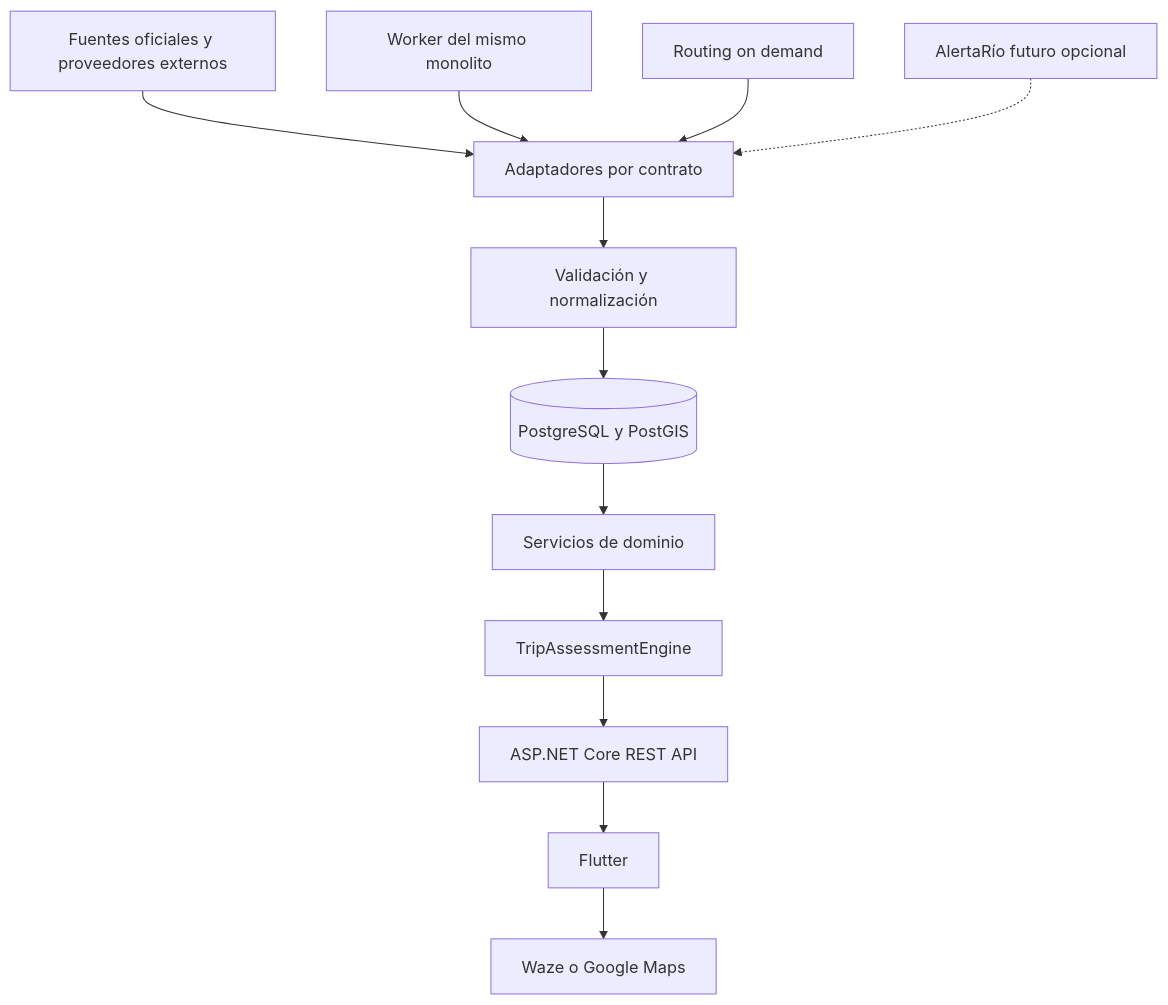
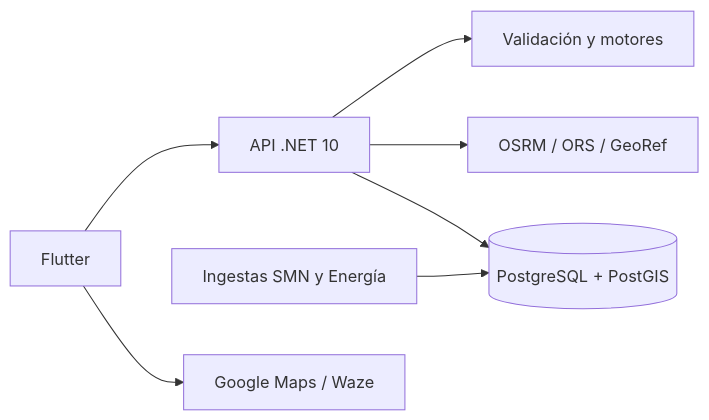
The diagram in ARCHITECTURE.md (RodrigoBombieri/ruta-smart), drawn with Mermaid before and after one commit. The commit also changed other lines of this file and 99 other files, not shown here.

````diff
--- a/ARCHITECTURE.md
+++ b/ARCHITECTURE.md
@@ -23,14 +3,9 @@
 ```mermaid
-flowchart TD
-    O[Fuentes oficiales y proveedores externos] --> A[Adaptadores por contrato]
-    A --> N[Validación y normalización]
-    N --> DB[(PostgreSQL y PostGIS)]
-    J[Worker del mismo monolito] --> A
-    R[Routing on demand] --> A
-    DB --> D[Servicios de dominio]
-    D --> E[TripAssessmentEngine]
-    E --> API[ASP.NET Core REST API]
-    API --> F[Flutter]
-    F --> NAV[Waze o Google Maps]
-    H[AlertaRío futuro opcional] -.-> A
+flowchart LR
+    UI[Flutter] --> API[API .NET 10]
+    API --> CORE[Validación y motores]
+    API --> ROUTE[OSRM / ORS / GeoRef]
+    JOB[Ingestas SMN y Energía] --> DB[(PostgreSQL + PostGIS)]
+    API --> DB
+    UI --> NAV[Google Maps / Waze]
 ```
````
